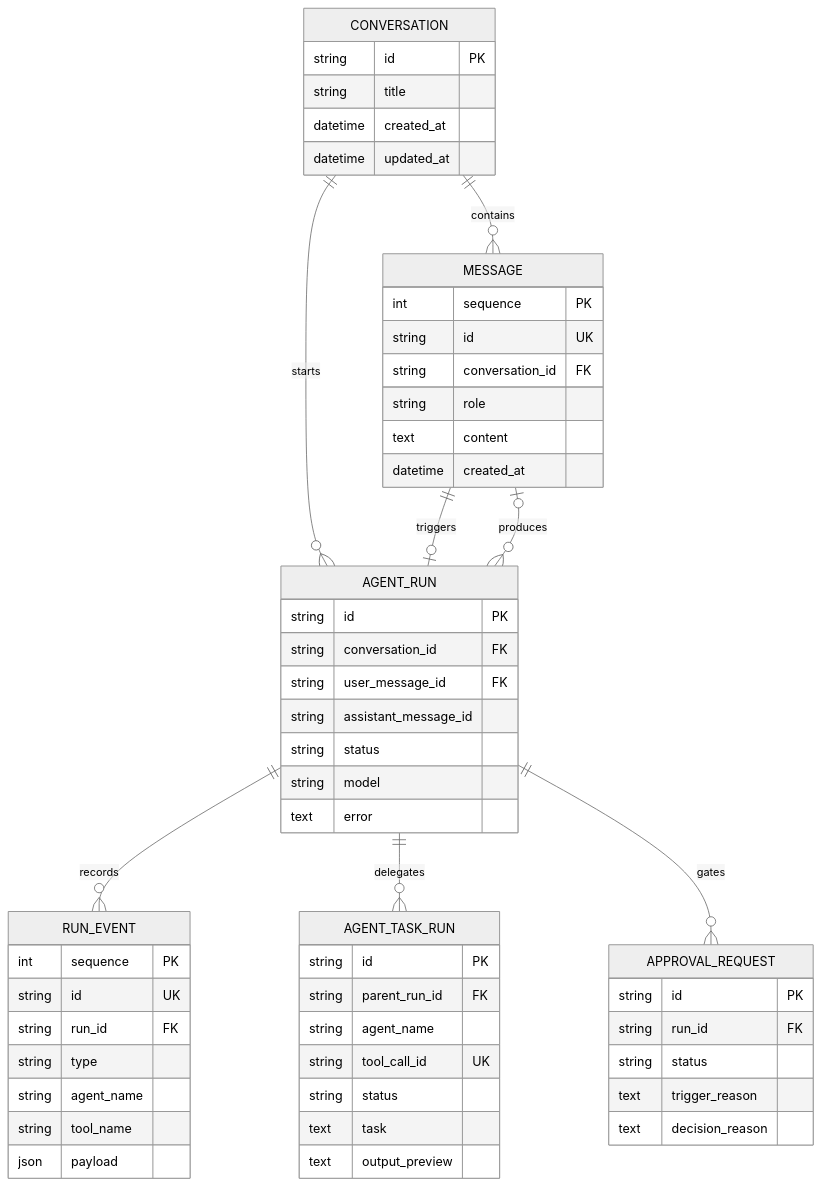
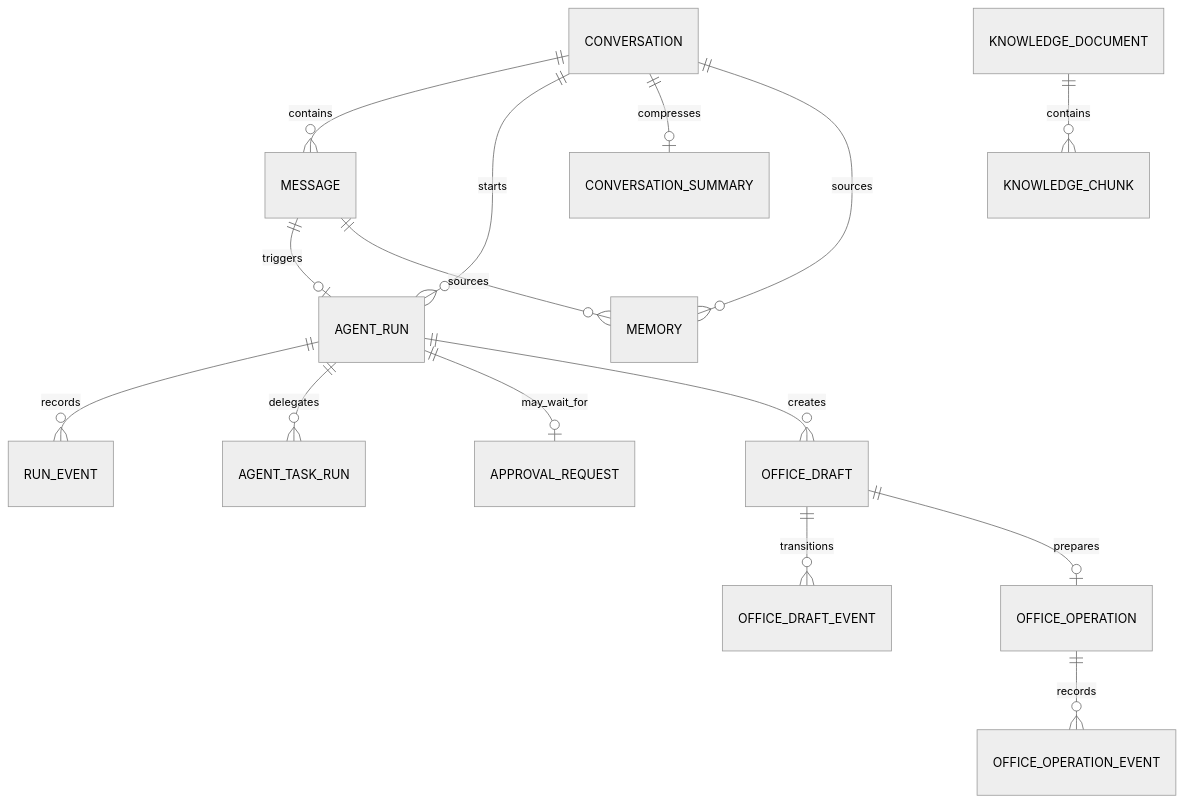
The second of 9 diagrams in docs/project-analysis.md (zora-DD/zora), drawn with Mermaid (neutral theme) before and after one commit. The commit also changed other lines of this file and 35 other files, not shown here.

````diff
--- a/docs/project-analysis.md
+++ b/docs/project-analysis.md
@@ -185,59 +204,17 @@
 ```mermaid
 erDiagram
     CONVERSATION ||--o{ MESSAGE : contains
     CONVERSATION ||--o{ AGENT_RUN : starts
-    MESSAGE ||--o| AGENT_RUN : triggers
+    CONVERSATION ||--o| CONVERSATION_SUMMARY : compresses
     AGENT_RUN ||--o{ RUN_EVENT : records
     AGENT_RUN ||--o{ AGENT_TASK_RUN : delegates
-    AGENT_RUN ||--o{ APPROVAL_REQUEST : gates
-    AGENT_RUN }o--o| MESSAGE : produces
-
-    CONVERSATION {
-        string id PK
-        string title
-        datetime created_at
-        datetime updated_at
-    }
-    MESSAGE {
-        int sequence PK
-        string id UK
-        string conversation_id FK
-        string role
-        text content
-        datetime created_at
-    }
-    AGENT_RUN {
-        string id PK
-        string conversation_id FK
-        string user_message_id FK
-        string assistant_message_id
-        string status
-        string model
-        text error
-    }
-    RUN_EVENT {
-        int sequence PK
-        string id UK
-        string run_id FK
-        string type
-        string agent_name
-        string tool_name
-        json payload
-    }
-    AGENT_TASK_RUN {
-        string id PK
-        string parent_run_id FK
-        string agent_name
-        string tool_call_id UK
-        string status
-        text task
-        text output_preview
-    }
-    APPROVAL_REQUEST {
-        string id PK
-        string run_id FK
-        string status
-        text trigger_reason
-        text decision_reason
-    }
+    AGENT_RUN ||--o| APPROVAL_REQUEST : may_wait_for
+    MESSAGE ||--o| AGENT_RUN : triggers
+    CONVERSATION ||--o{ MEMORY : sources
+    MESSAGE ||--o{ MEMORY : sources
+    KNOWLEDGE_DOCUMENT ||--o{ KNOWLEDGE_CHUNK : contains
+    AGENT_RUN ||--o{ OFFICE_DRAFT : creates
+    OFFICE_DRAFT ||--o{ OFFICE_DRAFT_EVENT : transitions
+    OFFICE_DRAFT ||--o| OFFICE_OPERATION : prepares
+    OFFICE_OPERATION ||--o{ OFFICE_OPERATION_EVENT : records
 ```
````
